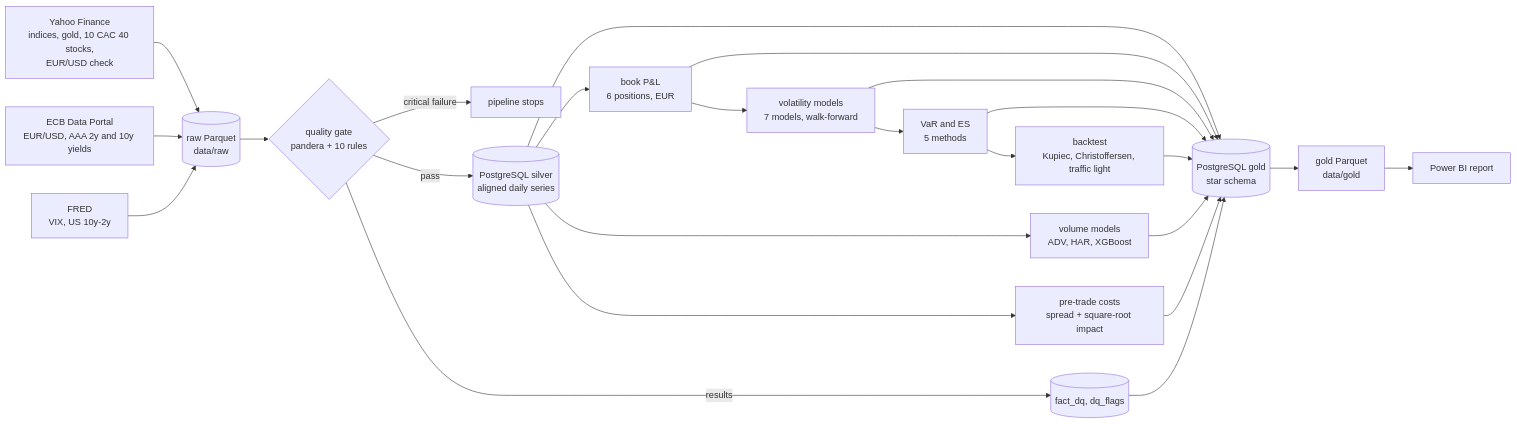
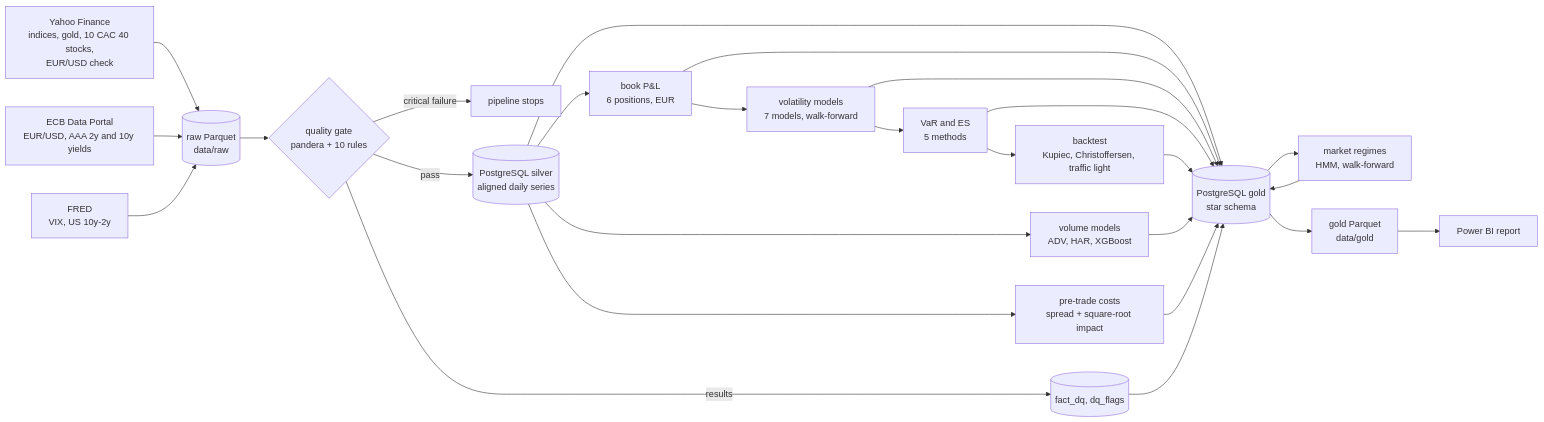
Before and after one commit to MedChahb/market_risk_monitor: the diagram in README.md, drawn with Mermaid. The commit also changed other lines of this file and 4 other files, not shown here.

Commit message:
Describe the market regimes and their findings in the README

````diff
--- a/README.md
+++ b/README.md
@@ -11,26 +11,28 @@
 ```mermaid
 flowchart LR
     Y[Yahoo Finance<br/>indices, gold, 10 CAC 40 stocks,<br/>EUR/USD check] --> R[(raw Parquet<br/>data/raw)]
     E[ECB Data Portal<br/>EUR/USD, AAA 2y and 10y yields] --> R
     F[FRED<br/>VIX, US 10y-2y] --> R
     R --> Q{quality gate<br/>pandera + 10 rules}
     Q -->|critical failure| X[pipeline stops]
     Q -->|results| DQ[(fact_dq, dq_flags)]
     Q -->|pass| S[(PostgreSQL silver<br/>aligned daily series)]
     S --> G[(PostgreSQL gold<br/>star schema)]
     S --> B[book P&L<br/>6 positions, EUR]
     B --> G
     B --> V[volatility models<br/>7 models, walk-forward]
     V --> G
     V --> VR[VaR and ES<br/>5 methods]
     VR --> G
     VR --> BT[backtest<br/>Kupiec, Christoffersen, traffic light]
     BT --> G
     S --> VM[volume models<br/>ADV, HAR, XGBoost]
     VM --> G
     S --> C[pre-trade costs<br/>spread + square-root impact]
     C --> G
+    G --> MR[market regimes<br/>HMM, walk-forward]
+    MR --> G
     DQ --> G
     G --> P[gold Parquet<br/>data/gold]
     P --> BI[Power BI report]
 ```
````
